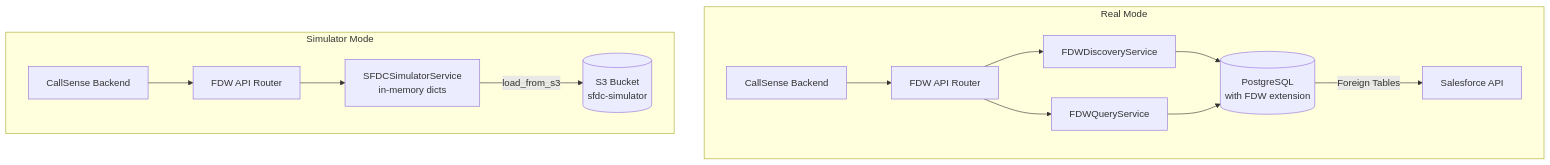
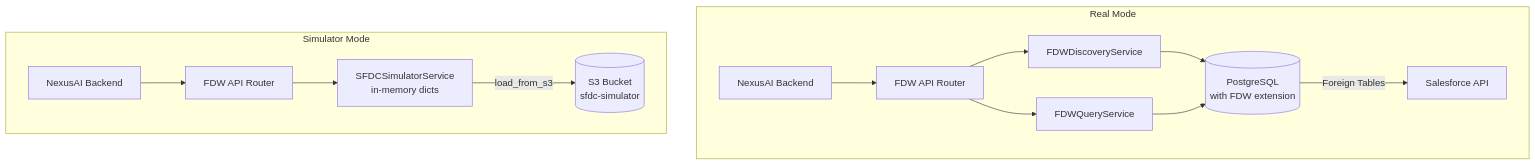
Before and after one commit to nexusdataai/nexus-docs: the first of 2 diagrams in docs/simulators/sfdc/index.md, drawn with Mermaid. The commit also changed other lines of this file and 263 other files, not shown here.

First line of the commit message:
Rebrand documentation from Totogi CallSense to NexusAI Data Platform

````diff
--- a/docs/simulators/sfdc/index.md
+++ b/docs/simulators/sfdc/index.md
@@ -29,29 +29,29 @@
 ```mermaid
 flowchart TB
     subgraph realMode [Real Mode]
-        AppR[CallSense Backend]
+        AppR[NexusAI Backend]
         FDW_API_R[FDW API Router]
         Discovery_R[FDWDiscoveryService]
         Query_R[FDWQueryService]
         PG[(PostgreSQL\nwith FDW extension)]
         SFDC_R[Salesforce API]
 
         AppR --> FDW_API_R
         FDW_API_R --> Discovery_R
         FDW_API_R --> Query_R
         Discovery_R --> PG
         Query_R --> PG
         PG -->|Foreign Tables| SFDC_R
     end
 
     subgraph simMode [Simulator Mode]
-        AppS[CallSense Backend]
+        AppS[NexusAI Backend]
         FDW_API_S[FDW API Router]
         SimService[SFDCSimulatorService\nin-memory dicts]
         S3[(S3 Bucket\nsfdc-simulator)]
 
         AppS --> FDW_API_S
         FDW_API_S --> SimService
         SimService -->|load_from_s3| S3
     end
 ```
````
